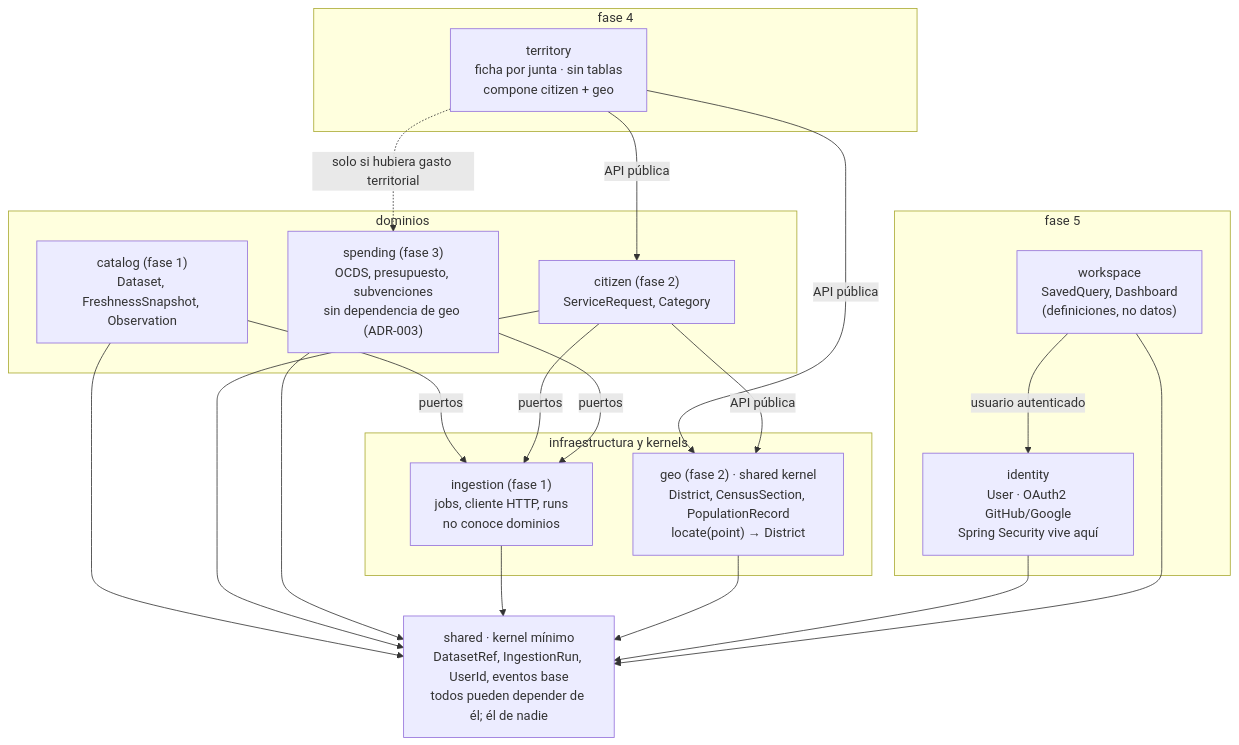
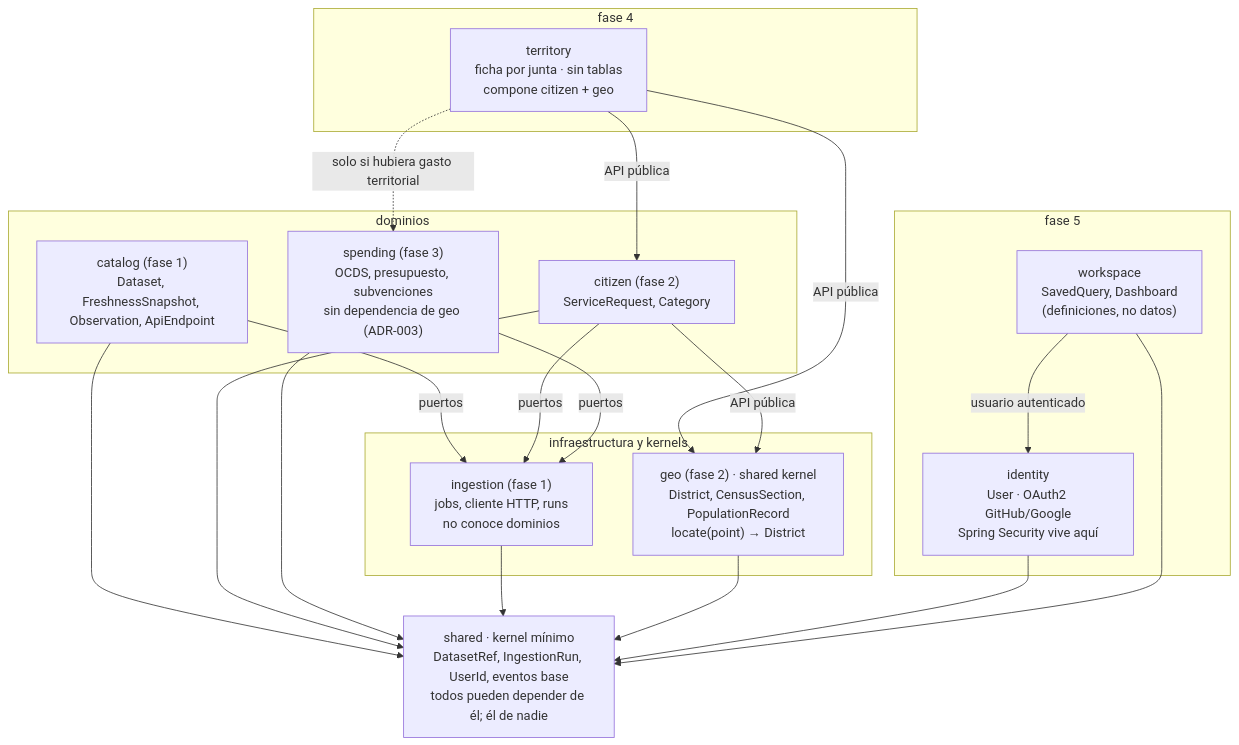
Before and after one commit to MarioNaya/zaragoza-observatorio: the second of 3 diagrams in docs/arquitectura.md, drawn with Mermaid. The commit also changed other lines of this file and 4 other files, not shown here.

````diff
--- a/docs/arquitectura.md
+++ b/docs/arquitectura.md
@@ -64,30 +64,30 @@
 ```mermaid
 flowchart TB
   subgraph F5["fase 5"]
     WS["workspace<br/>SavedQuery, Dashboard<br/>(definiciones, no datos)"]
     ID["identity<br/>User · OAuth2 GitHub/Google<br/>Spring Security vive aquí"]
   end
   subgraph F4["fase 4"]
     TER["territory<br/>ficha por junta · sin tablas<br/>compone citizen + geo"]
   end
   subgraph DOM["dominios"]
-    CATM["catalog (fase 1)<br/>Dataset, FreshnessSnapshot, Observation"]
+    CATM["catalog (fase 1)<br/>Dataset, FreshnessSnapshot, Observation, ApiEndpoint"]
     CIT["citizen (fase 2)<br/>ServiceRequest, Category"]
     SPE["spending (fase 3)<br/>OCDS, presupuesto, subvenciones<br/>sin dependencia de geo (ADR-003)"]
   end
   subgraph INFRA["infraestructura y kernels"]
     INGM["ingestion (fase 1)<br/>jobs, cliente HTTP, runs<br/>no conoce dominios"]
     GEO["geo (fase 2) · shared kernel<br/>District, CensusSection, PopulationRecord<br/>locate(point) → District"]
   end
   SH["shared · kernel mínimo<br/>DatasetRef, IngestionRun, UserId, eventos base<br/>todos pueden depender de él; él de nadie"]
 
   WS -- "usuario autenticado" --> ID
   TER -- "API pública" --> CIT
   TER -- "API pública" --> GEO
   TER -. "solo si hubiera gasto territorial" .-> SPE
   CATM -- "puertos" --> INGM
   CIT -- "puertos" --> INGM
   SPE -- "puertos" --> INGM
   CIT -- "API pública" --> GEO
   CATM & CIT & SPE & INGM & GEO & ID & WS --> SH
 ```
````
